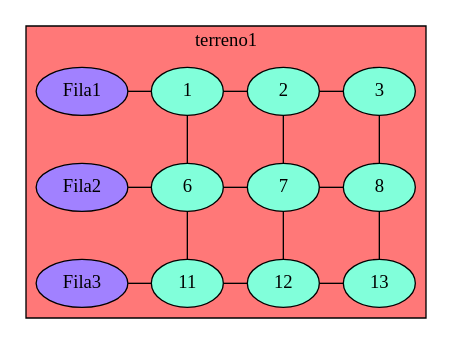
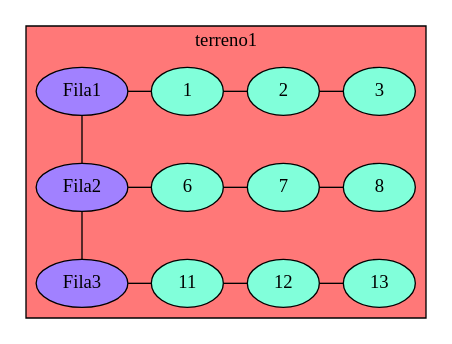
One commit to Serch-ING/EDD_UDRAWING_202000119 changed the diagram in pop.dot. Above: the diagram before and after it, drawn with Graphviz. The commit also changed 15 other files, not shown here.

```diff
--- a/pop.dot
+++ b/pop.dot
@@ -1,47 +1,44 @@
 graph L{
 node[shape=oval fillcolor="#A181FF" style =filled]
 
 subgraph cluster_p{
 label= " terreno1 "
 bgcolor = "#FF7878"
 
 
 nodo1_1[label="1",fillcolor="#81FFDA",group=2]
 nodo1_2[label="2",fillcolor="#81FFDA",group=3]
 nodo1_3[label="3",fillcolor="#81FFDA",group=4]
 
 nodo2_1[label="6",fillcolor="#81FFDA",group=2]
 nodo2_2[label="7",fillcolor="#81FFDA",group=3]
 nodo2_3[label="8",fillcolor="#81FFDA",group=4]
 
 nodo3_1[label="11",fillcolor="#81FFDA",group=2]
 nodo3_2[label="12",fillcolor="#81FFDA",group=3]
 nodo3_3[label="13",fillcolor="#81FFDA",group=4]
 
 Fila1--nodo1_1;
 {rank=same;Fila1,nodo1_1,nodo1_2,nodo1_3}
 Fila2--nodo2_1;
 {rank=same;Fila2,nodo2_1,nodo2_2,nodo2_3}
 Fila3--nodo3_1;
 {rank=same;Fila3,nodo3_1,nodo3_2,nodo3_3}
 
+Fila1--Fila2
+Fila2--Fila3
+
 nodo1_1--nodo1_2;
 nodo1_2--nodo1_3;
 
 nodo2_1--nodo2_2;
 nodo2_2--nodo2_3;
 
 nodo3_1--nodo3_2;
 nodo3_2--nodo3_3;
 
 
- /*Enlazar*/
- nodo1_1--nodo2_1;
-nodo1_2--nodo2_2;
-nodo1_3--nodo2_3;
 
-nodo2_1--nodo3_1;
-nodo2_2--nodo3_2;
-nodo2_3--nodo3_3;
+
 
 } }
```
